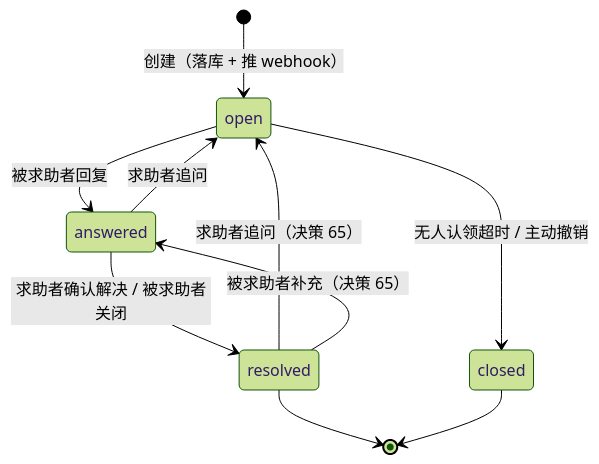
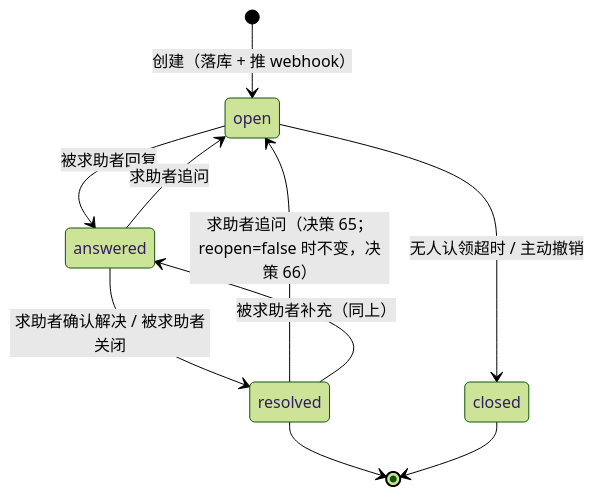
The first of 4 diagrams in docs/product-design.md (othorizon/easy-agent-team), drawn with Mermaid (forest theme) before and after one commit. The commit also changed other lines of this file and 15 other files, not shown here.

````diff
--- a/docs/product-design.md
+++ b/docs/product-design.md
@@ -322,12 +322,12 @@
 ```mermaid
 stateDiagram-v2
     [*] --> open : 创建（落库 + 推 webhook）
     open --> answered : 被求助者回复
     answered --> open : 求助者追问
     answered --> resolved : 求助者确认解决 / 被求助者关闭
-    resolved --> open : 求助者追问（决策 65）
-    resolved --> answered : 被求助者补充（决策 65）
+    resolved --> open : 求助者追问（决策 65；reopen=false 时不变，决策 66）
+    resolved --> answered : 被求助者补充（同上）
     open --> closed : 无人认领超时 / 主动撤销
     resolved --> [*]
     closed --> [*]
 ```
````
